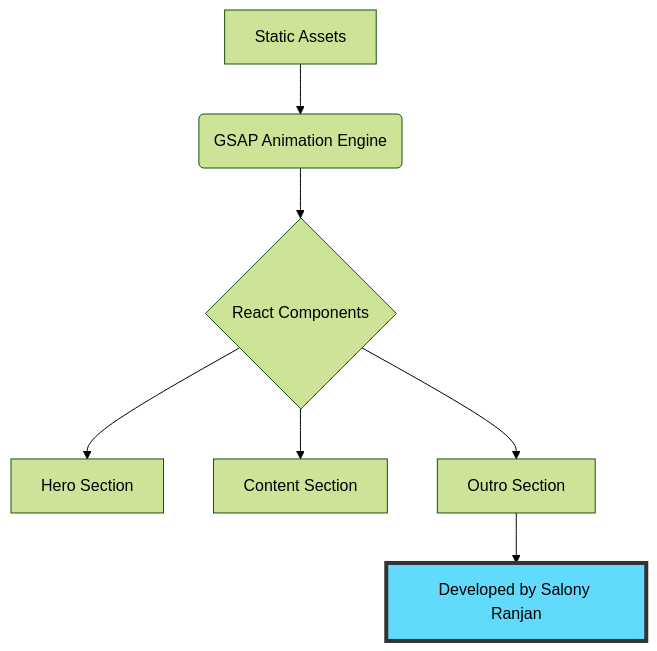
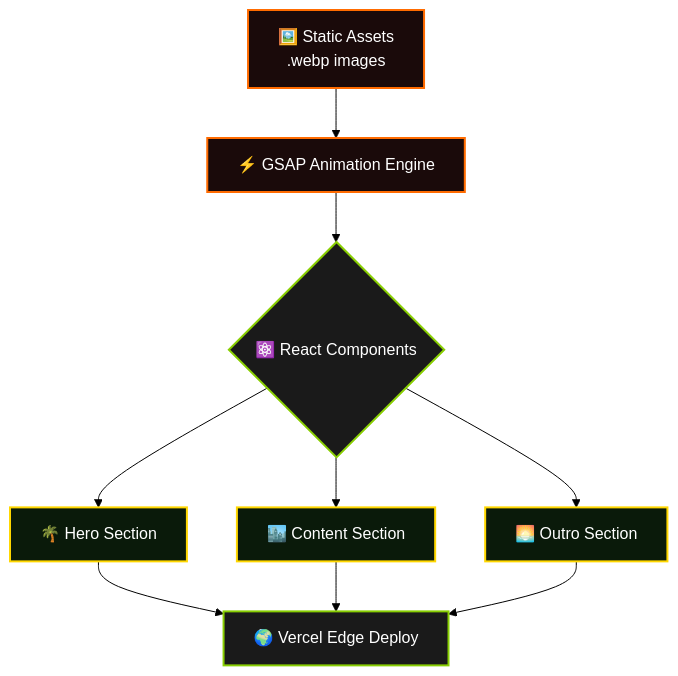
The first of 4 diagrams in README.md (salonyranjan/GTA-VI), drawn with Mermaid (forest theme) before and after one commit. The commit also changed other lines of this file, not shown here.

````diff
--- a/README.md
+++ b/README.md
@@ -42,12 +268,19 @@
 ```mermaid
 graph TD
-    classDef default font-family:Arial,font-size:16px;
-    classDef highlight fill:#61DAFB,stroke:#333,stroke-width:4px,color:#000;
+    classDef core fill:#1a1a1a,stroke:#88CE02,stroke-width:2px,color:#fff;
+    classDef section fill:#0a1a0a,stroke:#FFD700,stroke-width:2px,color:#fff;
+    classDef engine fill:#1a0a0a,stroke:#FF6B00,stroke-width:2px,color:#fff;
 
-    A[Static Assets] --> B(GSAP Animation Engine)
-    B --> C{React Components}
-    C --> D[Hero Section]
-    C --> E[Content Section]
-    C --> F[Outro Section]
-    F --> G[Developed by Salony Ranjan]:::highlight
+    A[🖼️ Static Assets<br/>.webp images] --> B[⚡ GSAP Animation Engine]
+    B --> C{⚛️ React Components}
+    C --> D[🌴 Hero Section]
+    C --> E[🏙️ Content Section]
+    C --> F[🌅 Outro Section]
+    D & E & F --> G[🌍 Vercel Edge Deploy]
+
+    class A engine;
+    class B engine;
+    class C core;
+    class D,E,F section;
+    class G core;
 ```
````
